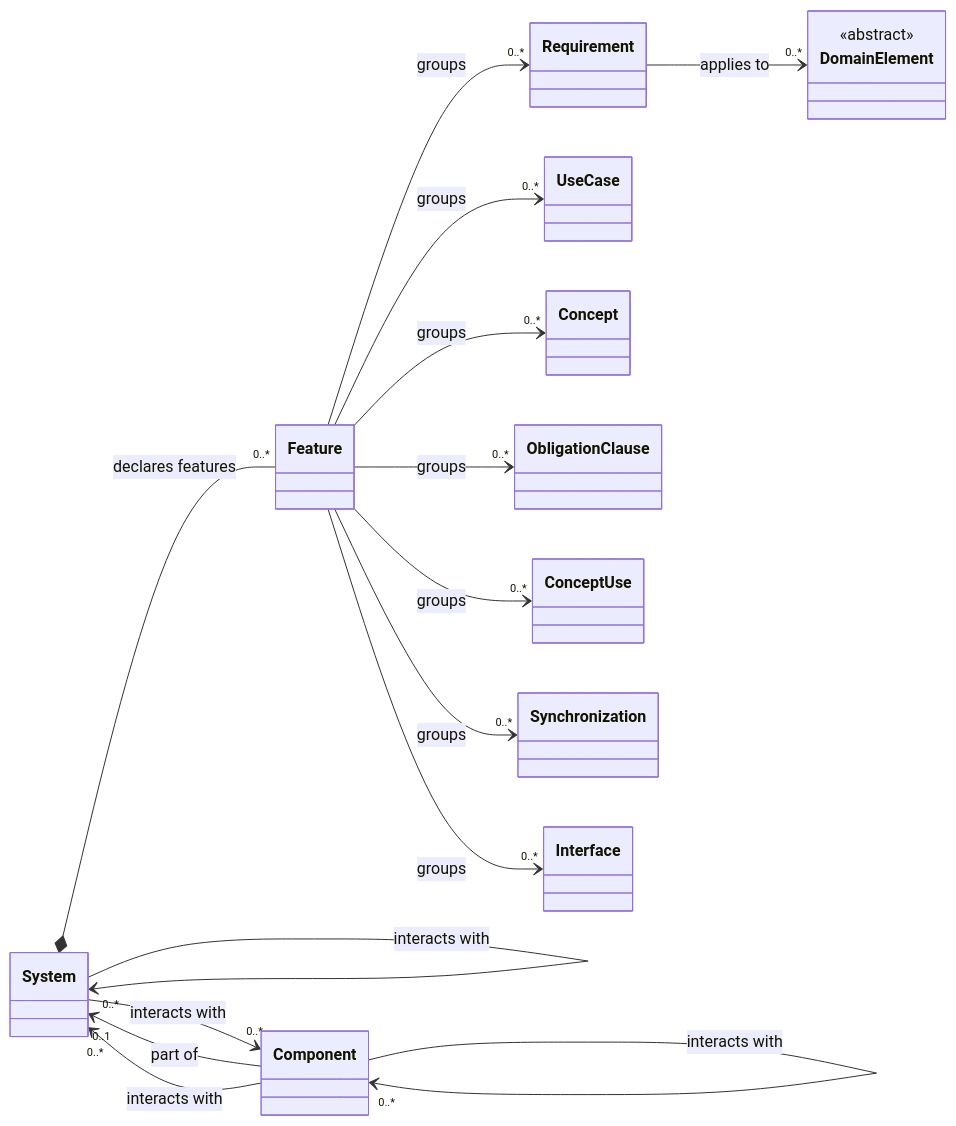
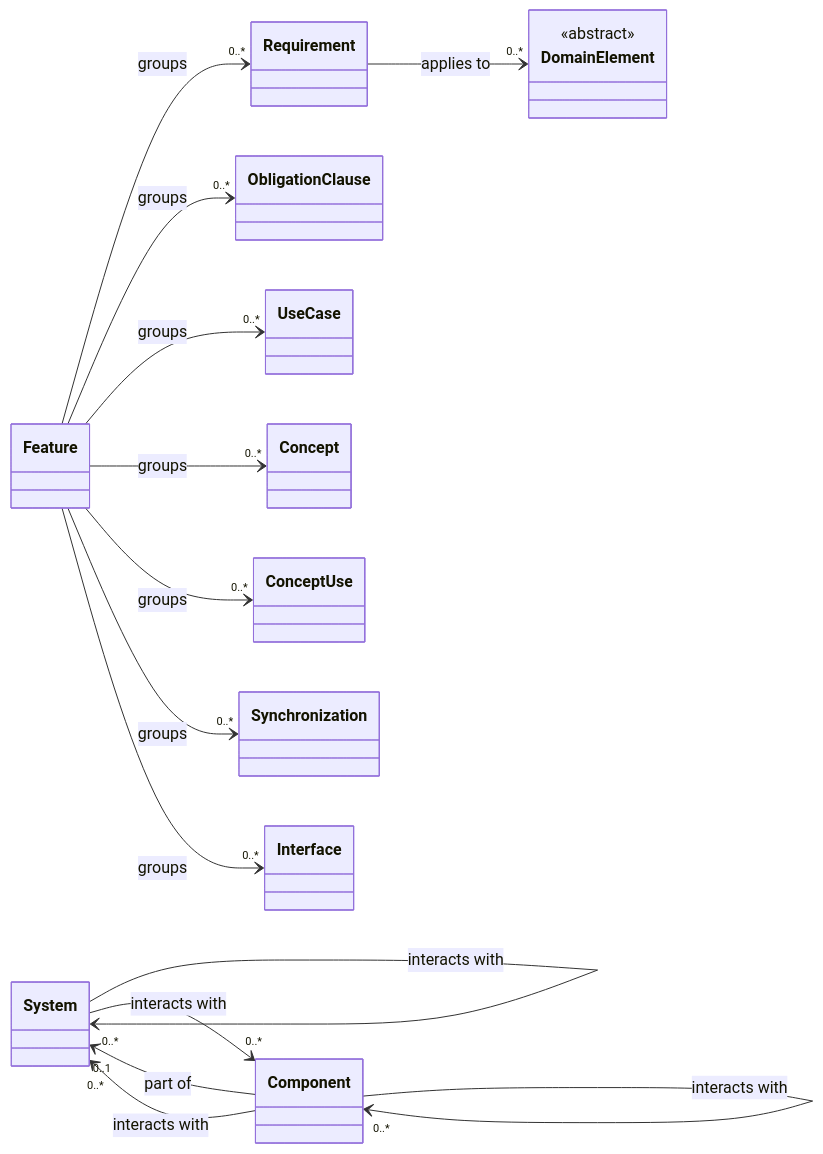
Before and after one commit to craigsmitham/dotspec: the fifth of 18 diagrams in docs/reference/model/core.md, drawn with Mermaid. The commit also changed other lines of this file and 158 other files, not shown here.

````diff
--- a/docs/reference/model/core.md
+++ b/docs/reference/model/core.md
@@ -130,32 +129,31 @@
 ```mermaid
 classDiagram
     direction LR
     class System
     class Component
     class Feature
     class Requirement
     class UseCase
     class Concept
     class ObligationClause
     class ConceptUse
     class Synchronization
     class Interface
     class DomainElement
     <<abstract>> DomainElement
     System --> "0..1" System : part of
     Component --> "0..1" System : part of
     Component --> "0..1" Component : part of
-    System *-- "0..*" Feature : declares features
     Feature --> "0..*" Requirement : groups
     Feature --> "0..*" ObligationClause : groups
     Feature --> "0..*" UseCase : groups
     Feature --> "0..*" Concept : groups
     Feature --> "0..*" ConceptUse : groups
     Feature --> "0..*" Synchronization : groups
     Feature --> "0..*" Interface : groups
     Requirement --> "0..*" DomainElement : applies to
     System --> "0..*" System : interacts with
     System --> "0..*" Component : interacts with
     Component --> "0..*" System : interacts with
     Component --> "0..*" Component : interacts with
 ```
````
